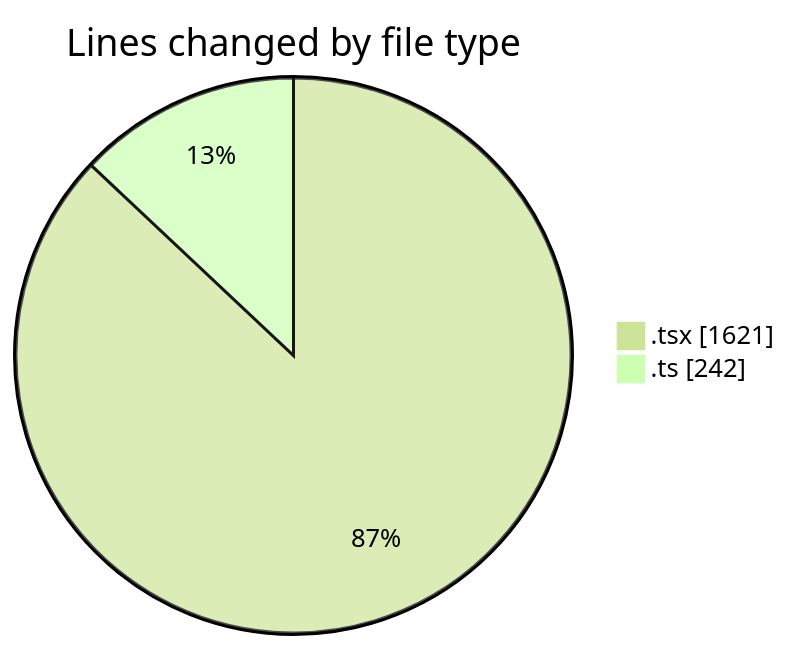
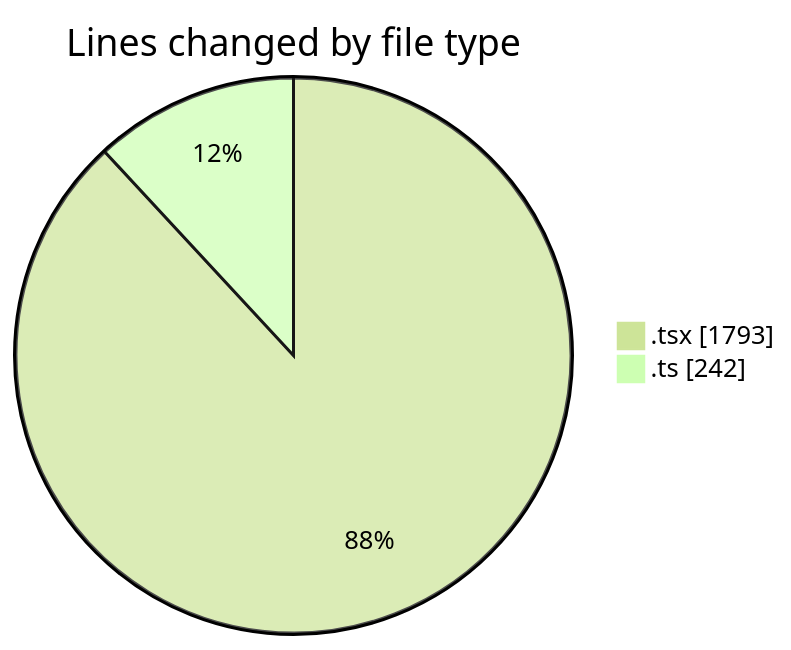
Before and after one commit to momahboobian/code-tracking: the first of 2 diagrams in 2025-09-15/cda/README.md, drawn with Mermaid (forest theme). The commit also changed other lines of this file and 1 other file, not shown here.

````diff
--- a/2025-09-15/cda/README.md
+++ b/2025-09-15/cda/README.md
@@ -24,6 +24,6 @@
 ```mermaid
 pie showData
 title Lines changed by file type
-".tsx" : 1621
+".tsx" : 1793
 ".ts" : 242
 ```
````
